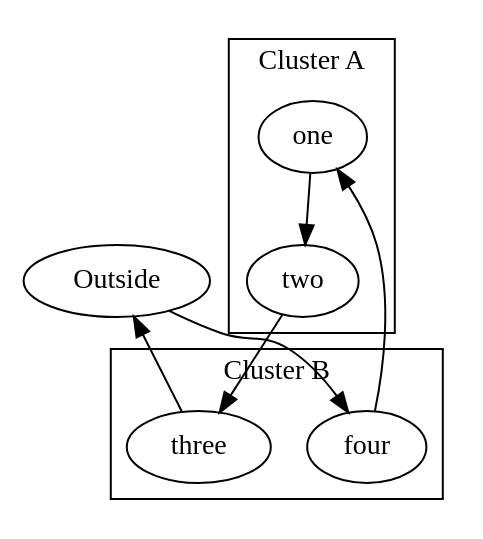
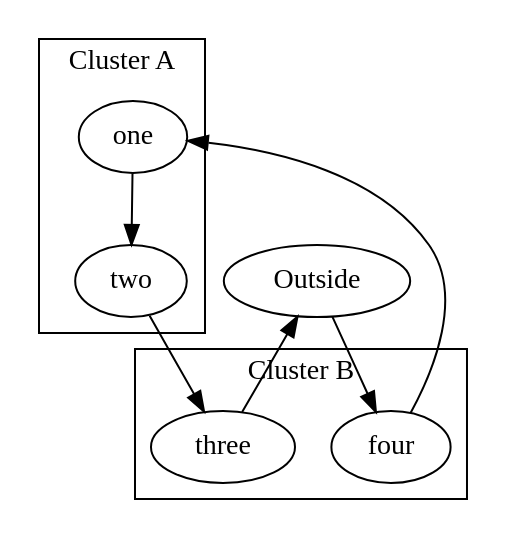
One commit to emicklei/dot changed the diagram in doc/cluster.dot. Above: the diagram before and after it, drawn with Graphviz. The commit also changed 3 other files, not shown here.

```diff
--- a/doc/cluster.dot
+++ b/doc/cluster.dot
@@ -1,22 +1,22 @@
 digraph  {
-	subgraph cluster_s1 {
-		ID = "cluster_s1";
-		label="Cluster B";
-		n4[label="three"];
-		n5[label="four"];
-		
-	}subgraph cluster_s0 {
+	subgraph cluster_s0 {
 		ID = "cluster_s0";
 		label="Cluster A";
 		n2[label="one"];
 		n3[label="two"];
+		
+	}subgraph cluster_s1 {
+		ID = "cluster_s1";
+		label="Cluster B";
+		n5[label="four"];
+		n4[label="three"];
 		
 	}
 	n1[label="Outside"];
 	n1->n5;
 	n5->n2;
 	n2->n3;
+	n4->n1;
 	n3->n4;
-	n4->n1;
 	
 }
```
